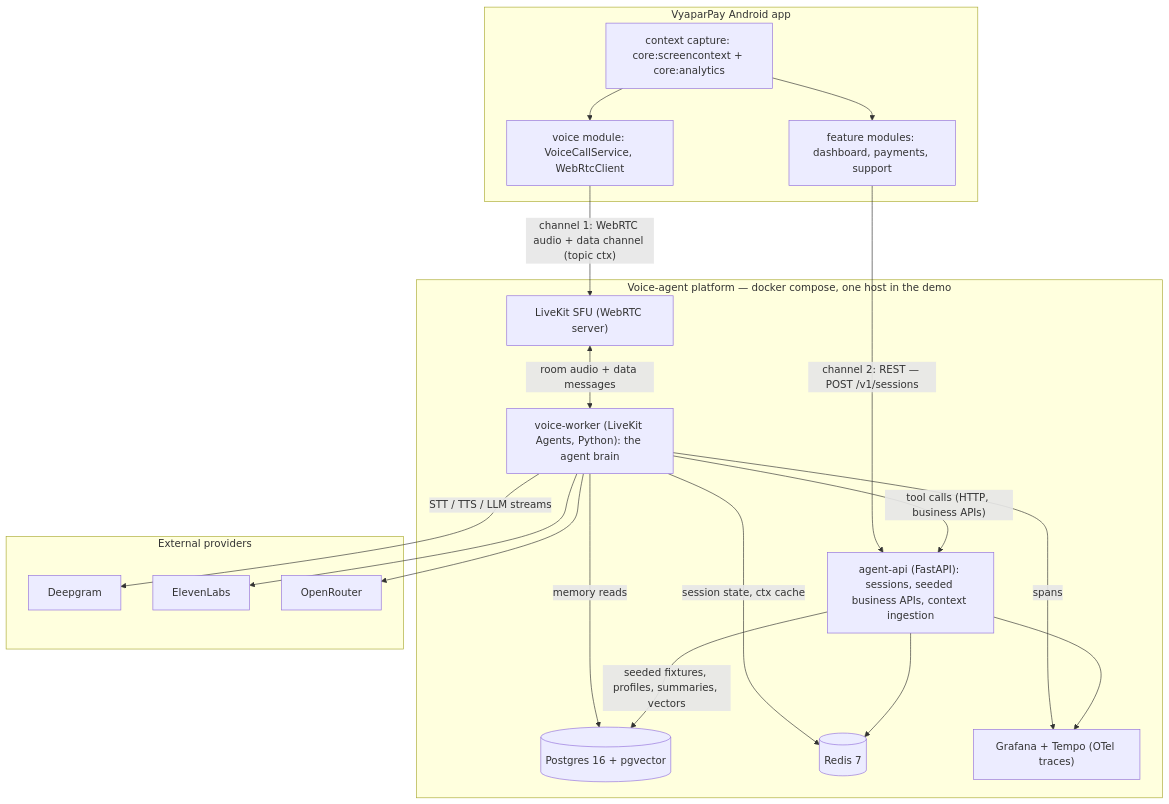
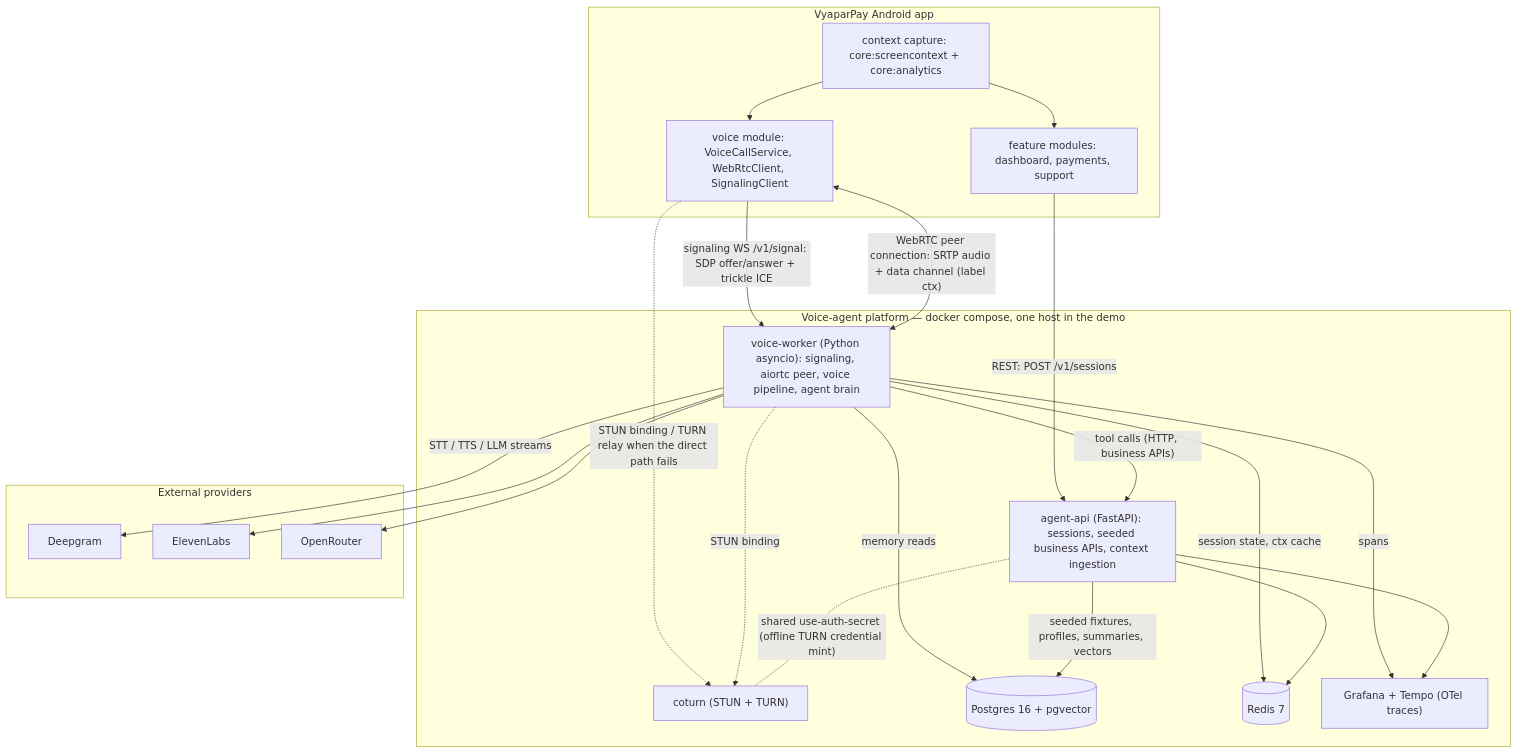
Before and after one commit to bibekanandan892/vyaparpay-voice-agent: the second of 5 diagrams in docs/02-system-architecture.md, drawn with Mermaid. The commit also changed other lines of this file and 22 other files, not shown here.

First line of the commit message:
refactor(arch): replace LiveKit with raw WebRTC (libwebrtc + aiortc)

````diff
--- a/docs/02-system-architecture.md
+++ b/docs/02-system-architecture.md
@@ -37,36 +37,39 @@
 ```mermaid
 flowchart TB
     subgraph AND["VyaparPay Android app"]
         FEAT["feature modules: dashboard, payments, support"]
         CTX["context capture: core:screencontext + core:analytics"]
-        VOICE["voice module: VoiceCallService, WebRtcClient"]
+        VOICE["voice module: VoiceCallService, WebRtcClient, SignalingClient"]
     end
     subgraph PLAT["Voice-agent platform — docker compose, one host in the demo"]
-        LK["LiveKit SFU (WebRTC server)"]
+        CO["coturn (STUN + TURN)"]
         API["agent-api (FastAPI): sessions, seeded business APIs, context ingestion"]
-        W["voice-worker (LiveKit Agents, Python): the agent brain"]
+        W["voice-worker (Python asyncio): signaling, aiortc peer, voice pipeline, agent brain"]
         PG[("Postgres 16 + pgvector")]
         RD[("Redis 7")]
         OBS["Grafana + Tempo (OTel traces)"]
     end
     subgraph EXT["External providers"]
         DG["Deepgram"]
         EL["ElevenLabs"]
         OR["OpenRouter"]
     end
-    VOICE -->|"channel 1: WebRTC audio + data channel (topic ctx)"| LK
-    FEAT -->|"channel 2: REST — POST /v1/sessions"| API
+    VOICE -->|"signaling WS /v1/signal: SDP offer/answer + trickle ICE"| W
+    VOICE <-->|"WebRTC peer connection: SRTP audio + data channel (label ctx)"| W
+    VOICE -.->|"STUN binding / TURN relay when the direct path fails"| CO
+    W -.->|"STUN binding"| CO
+    FEAT -->|"REST: POST /v1/sessions"| API
     CTX --> VOICE
     CTX --> FEAT
-    LK <-->|"room audio + data messages"| W
     W -->|"STT / TTS / LLM streams"| DG
     W --> EL
     W --> OR
     W -->|"tool calls (HTTP, business APIs)"| API
     W -->|"session state, ctx cache"| RD
     W -->|"memory reads"| PG
     API -->|"seeded fixtures, profiles, summaries, vectors"| PG
     API --> RD
+    API -.-|"shared use-auth-secret (offline TURN credential mint)"| CO
     W -->|"spans"| OBS
     API --> OBS
 ```
````
